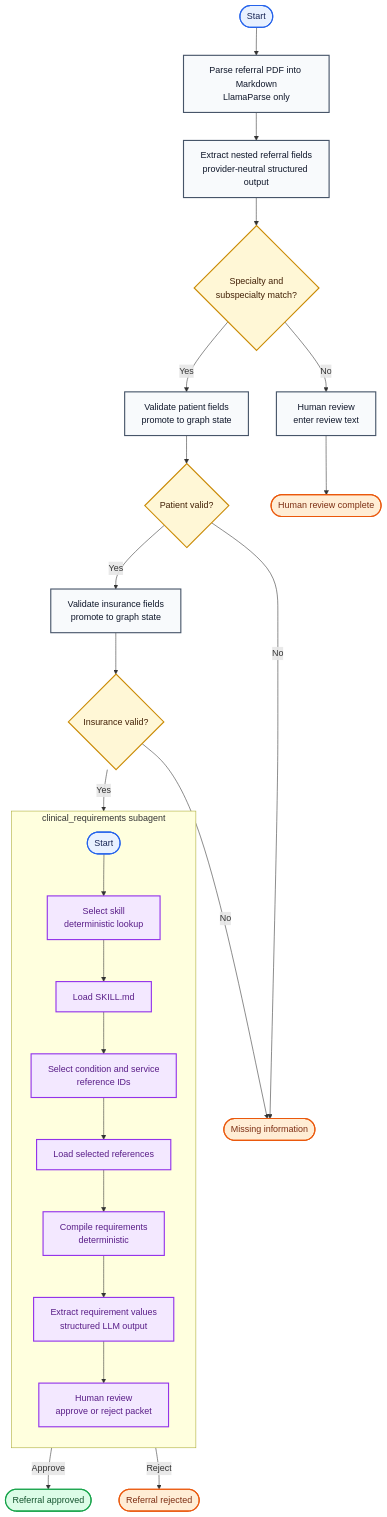
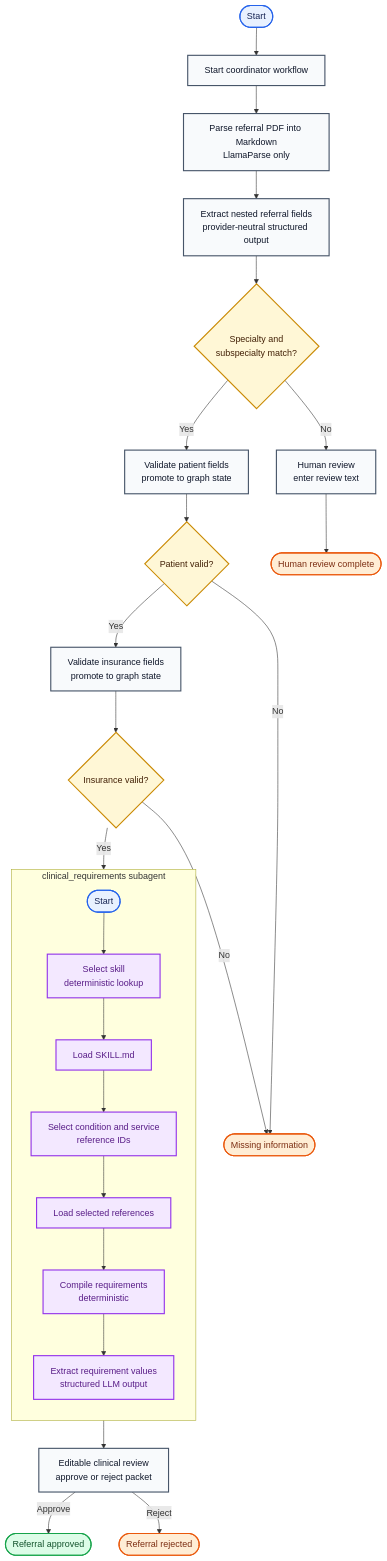
The diagram in docs/referral-intake-agent-flow.md (MahanyaKochhar/Stream-IO), drawn with Mermaid before and after one commit. The commit also changed other lines of this file and 33 other files, not shown here.

````diff
--- a/docs/referral-intake-agent-flow.md
+++ b/docs/referral-intake-agent-flow.md
@@ -15,67 +14,69 @@
 ```mermaid
 flowchart TD
     START([Start])
+    INIT_PROGRESS[Start coordinator workflow]
     PARSE[Parse referral PDF into Markdown<br/>LlamaParse only]
     EXTRACT[Extract nested referral fields<br/>provider-neutral structured output]
     ROUTING{"Specialty and<br/>subspecialty match?"}
     PATIENT[Validate patient fields<br/>promote to graph state]
     PATIENT_VALID{"Patient valid?"}
     INSURANCE[Validate insurance fields<br/>promote to graph state]
     INSURANCE_VALID{"Insurance valid?"}
 
     subgraph CLINICAL_REQUIREMENTS["clinical_requirements subagent"]
         direction TB
         CR_START([Start])
         SELECT_SKILL[Select skill<br/>deterministic lookup]
         LOAD_SKILL[Load SKILL.md]
         SELECT_REFERENCES[Select condition and service<br/>reference IDs]
         LOAD_REFERENCES[Load selected references]
         COMPILE_REQUIREMENTS[Compile requirements<br/>deterministic]
         EXTRACT_REQUIREMENTS[Extract requirement values<br/>structured LLM output]
-        REVIEW_PACKET[Human review<br/>approve or reject packet]
 
         CR_START --> SELECT_SKILL
         SELECT_SKILL --> LOAD_SKILL
         LOAD_SKILL --> SELECT_REFERENCES
         SELECT_REFERENCES --> LOAD_REFERENCES
         LOAD_REFERENCES --> COMPILE_REQUIREMENTS
         COMPILE_REQUIREMENTS --> EXTRACT_REQUIREMENTS
-        EXTRACT_REQUIREMENTS --> REVIEW_PACKET
     end
 
+    REVIEW_PACKET[Editable clinical review<br/>approve or reject packet]
     HUMAN_REVIEW[Human review<br/>enter review text]
     REVIEWED([Human review complete])
     MISSING_INFO([Missing information])
     APPROVED([Referral approved])
     REJECTED([Referral rejected])
 
-    START --> PARSE
+    START --> INIT_PROGRESS
+    INIT_PROGRESS --> PARSE
     PARSE --> EXTRACT
     EXTRACT --> ROUTING
     ROUTING -->|Yes| PATIENT
     ROUTING -->|No| HUMAN_REVIEW
     HUMAN_REVIEW --> REVIEWED
     PATIENT --> PATIENT_VALID
     PATIENT_VALID -->|Yes| INSURANCE
     PATIENT_VALID -->|No| MISSING_INFO
     INSURANCE --> INSURANCE_VALID
     INSURANCE_VALID -->|Yes| CR_START
     INSURANCE_VALID -->|No| MISSING_INFO
+    EXTRACT_REQUIREMENTS --> REVIEW_PACKET
     REVIEW_PACKET -->|Approve| APPROVED
     REVIEW_PACKET -->|Reject| REJECTED
 
     classDef input fill:#e8f1ff,stroke:#2563eb,color:#172554,stroke-width:2px;
     classDef process fill:#f8fafc,stroke:#475569,color:#0f172a,stroke-width:2px;
     classDef decision fill:#fff7d6,stroke:#ca8a04,color:#422006,stroke-width:2px;
     classDef success fill:#dcfce7,stroke:#16a34a,color:#14532d,stroke-width:2px;
     classDef attention fill:#ffedd5,stroke:#ea580c,color:#7c2d12,stroke-width:2px;
     classDef failure fill:#fee2e2,stroke:#dc2626,color:#7f1d1d,stroke-width:2px;
     classDef subagent fill:#f3e8ff,stroke:#9333ea,color:#581c87,stroke-width:2px;
 
     class START,CR_START input;
-    class PARSE,EXTRACT,PATIENT,INSURANCE,HUMAN_REVIEW process;
-    class SELECT_SKILL,LOAD_SKILL,SELECT_REFERENCES,LOAD_REFERENCES,COMPILE_REQUIREMENTS,EXTRACT_REQUIREMENTS,REVIEW_PACKET subagent;
+    class INIT_PROGRESS,PARSE,EXTRACT,PATIENT,INSURANCE,HUMAN_REVIEW,REVIEW_PACKET process;
+    class SELECT_SKILL,LOAD_SKILL,SELECT_REFERENCES,LOAD_REFERENCES,COMPILE_REQUIREMENTS,EXTRACT_REQUIREMENTS subagent;
     class ROUTING,PATIENT_VALID,INSURANCE_VALID decision;
     class APPROVED success;
     class MISSING_INFO,REVIEWED,REJECTED attention;
 ```
````
